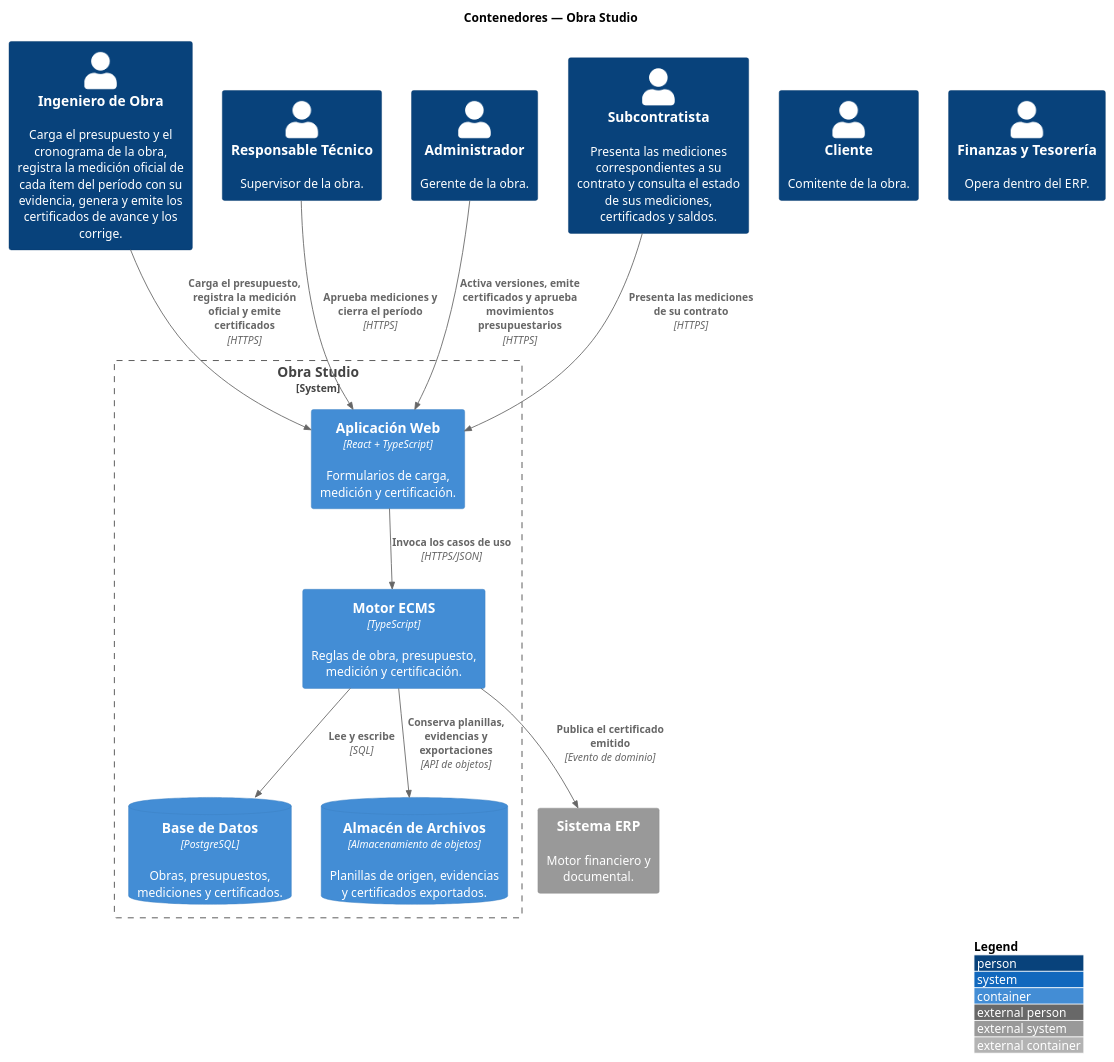
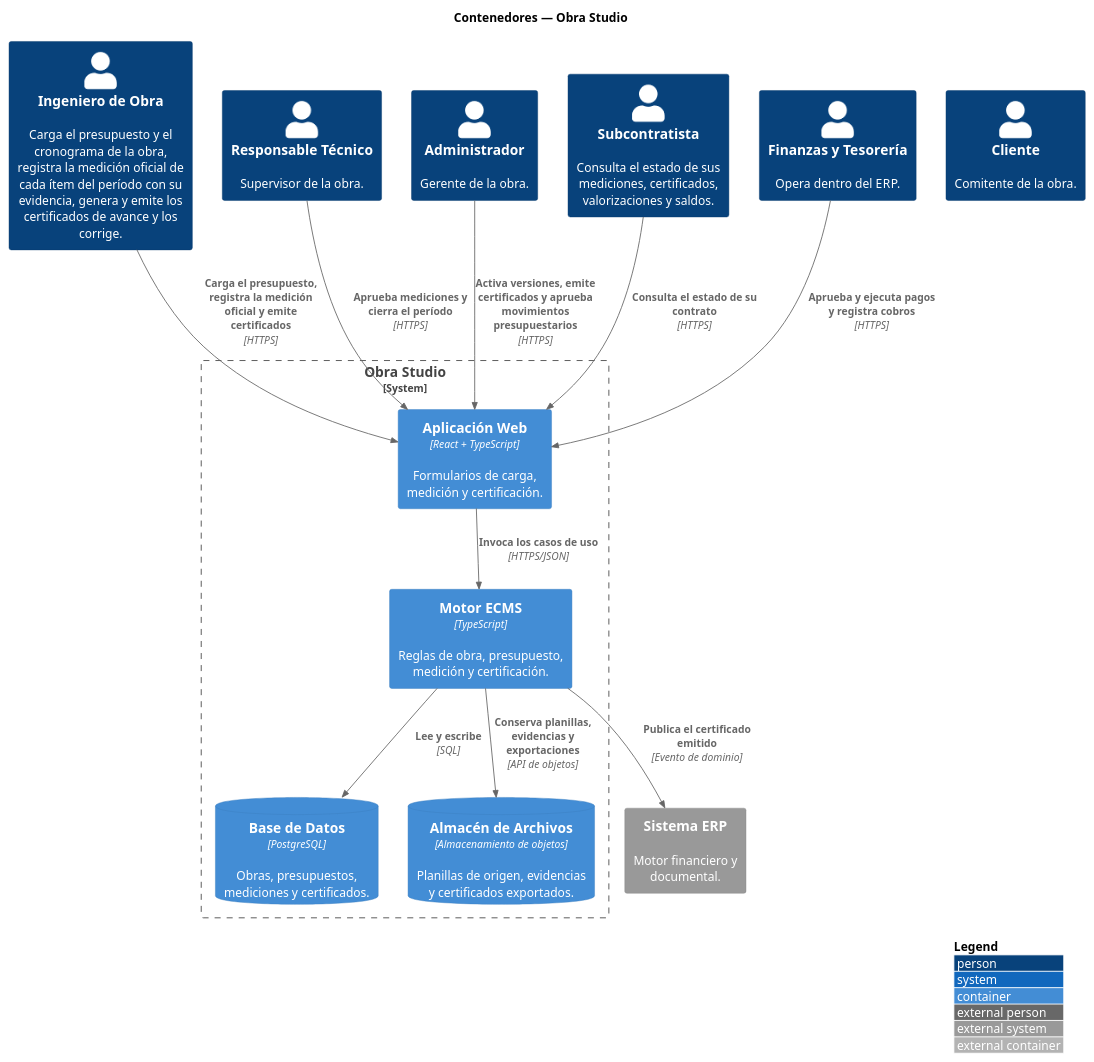
The diagram in modelo/c4/C4-Contenedores.puml (Ssrrb/TPF-teoria), drawn with PlantUML before and after one commit. The commit also changed 248 other files, not shown here.

```diff
--- a/modelo/c4/C4-Contenedores.puml
+++ b/modelo/c4/C4-Contenedores.puml
@@ -1,29 +1,30 @@
 @startuml
 !include <C4/C4_Container>
 LAYOUT_WITH_LEGEND()
 title Contenedores — Obra Studio
 
 Person(ING, "Ingeniero de Obra", "Carga el presupuesto y el cronograma de la obra, registra la medición oficial de cada ítem del período con su evidencia, genera y emite los certificados de avance y los corrige.")
 Person(SUP, "Responsable Técnico", "Supervisor de la obra.")
 Person(ADM, "Administrador", "Gerente de la obra.")
-Person(SUB, "Subcontratista", "Presenta las mediciones correspondientes a su contrato y consulta el estado de sus mediciones, certificados y saldos.")
+Person(SUB, "Subcontratista", "Consulta el estado de sus mediciones, certificados, valorizaciones y saldos.")
 Person(CLI, "Cliente", "Comitente de la obra.")
 Person(TES, "Finanzas y Tesorería", "Opera dentro del ERP.")
 
 System_Ext(erp, "Sistema ERP", "Motor financiero y documental.")
 System_Boundary(obra, "Obra Studio") {
   Container(web, "Aplicación Web", "React + TypeScript", "Formularios de carga, medición y certificación.")
   Container(ecms, "Motor ECMS", "TypeScript", "Reglas de obra, presupuesto, medición y certificación.")
   ContainerDb(bd, "Base de Datos", "PostgreSQL", "Obras, presupuestos, mediciones y certificados.")
   ContainerDb(archivos, "Almacén de Archivos", "Almacenamiento de objetos", "Planillas de origen, evidencias y certificados exportados.")
 }
 
 Rel(ING, web, "Carga el presupuesto, registra la medición oficial y emite certificados", "HTTPS")
 Rel(SUP, web, "Aprueba mediciones y cierra el período", "HTTPS")
 Rel(ADM, web, "Activa versiones, emite certificados y aprueba movimientos presupuestarios", "HTTPS")
-Rel(SUB, web, "Presenta las mediciones de su contrato", "HTTPS")
+Rel(SUB, web, "Consulta el estado de su contrato", "HTTPS")
+Rel(TES, web, "Aprueba y ejecuta pagos y registra cobros", "HTTPS")
 Rel(web, ecms, "Invoca los casos de uso", "HTTPS/JSON")
 Rel(ecms, bd, "Lee y escribe", "SQL")
 Rel(ecms, archivos, "Conserva planillas, evidencias y exportaciones", "API de objetos")
 Rel(ecms, erp, "Publica el certificado emitido", "Evento de dominio")
 @enduml
```
